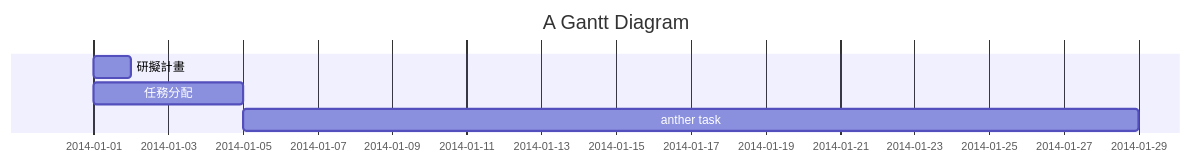
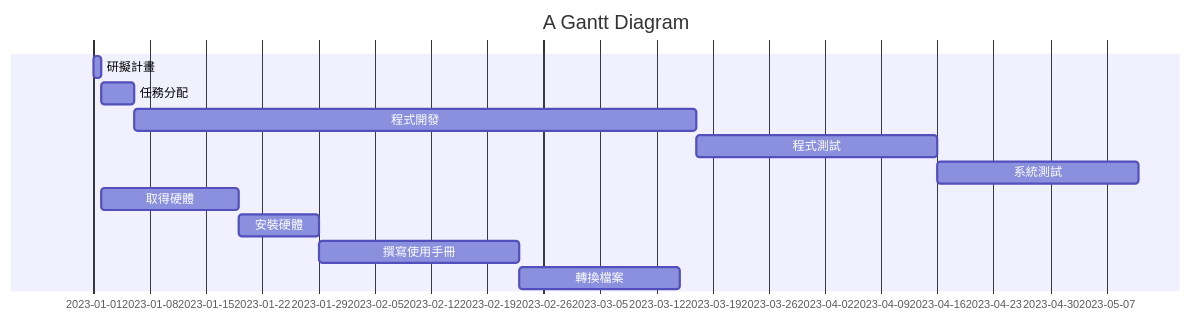
Before and after one commit to C110118109/23a: the diagram in hw2.md, drawn with Mermaid. The commit also changed other lines of this file, not shown here.

````diff
--- a/hw2.md
+++ b/hw2.md
@@ -2,10 +2,19 @@
 ```mermaid
 gantt
     title A Gantt Diagram
 
     
-    研擬計畫           :a1, 2014-01-01, 1d
+    研擬計畫	:a1,2023-01-01, 1d
+    任務分配	:after a1  , 4d
+    程式開發	:70d
+    程式測試	:30d
+    系統測試	:25d
+
+
+    取得硬體	:a2,2023-01-02 , 17d
+    安裝硬體	:10d
+    撰寫使用手冊	:25d
+    轉換檔案	:20d
+
     
-    任務分配      :after a1,2014-01-1  , 4d
-    anther task      : 24d
 ```
````
